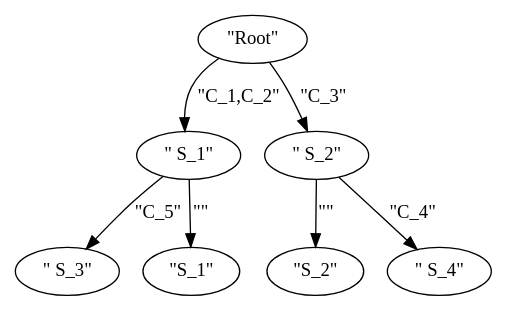
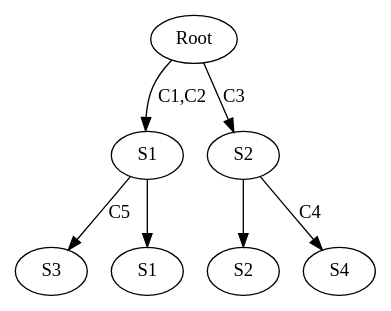
The diagram in output/goodi.dot (dlcgold/perfect-phylogeny-rs), drawn with Graphviz before and after one commit. The commit also changed 6 other files, not shown here.

```diff
--- a/output/goodi.dot
+++ b/output/goodi.dot
@@ -1,15 +1,15 @@
 digraph {
-    0 [ label = "\"Root\"" ]
-    1 [ label = "\"S_2\"" ]
-    2 [ label = "\" S_1\"" ]
-    3 [ label = "\" S_2\"" ]
-    4 [ label = "\" S_3\"" ]
-    5 [ label = "\" S_4\"" ]
-    6 [ label = "\"S_1\"" ]
-    3 -> 1 [ label = "\"\"" ]
-    0 -> 2 [ label = "\"C_1,C_2\"" ]
-    0 -> 3 [ label = "\"C_3\"" ]
-    2 -> 4 [ label = "\"C_5\"" ]
-    3 -> 5 [ label = "\"C_4\"" ]
-    2 -> 6 [ label = "\"\"" ]
+    0 [ label ="Root"]
+    1 [ label ="S2"]
+    2 [ label ="S1"]
+    3 [ label ="S2"]
+    4 [ label ="S3"]
+    5 [ label ="S4"]
+    6 [ label ="S1"]
+    3 -> 1 [ label =""]
+    0 -> 2 [ label ="C1,C2"]
+    0 -> 3 [ label ="C3"]
+    2 -> 4 [ label ="C5"]
+    3 -> 5 [ label ="C4"]
+    2 -> 6 [ label =""]
 }
```
